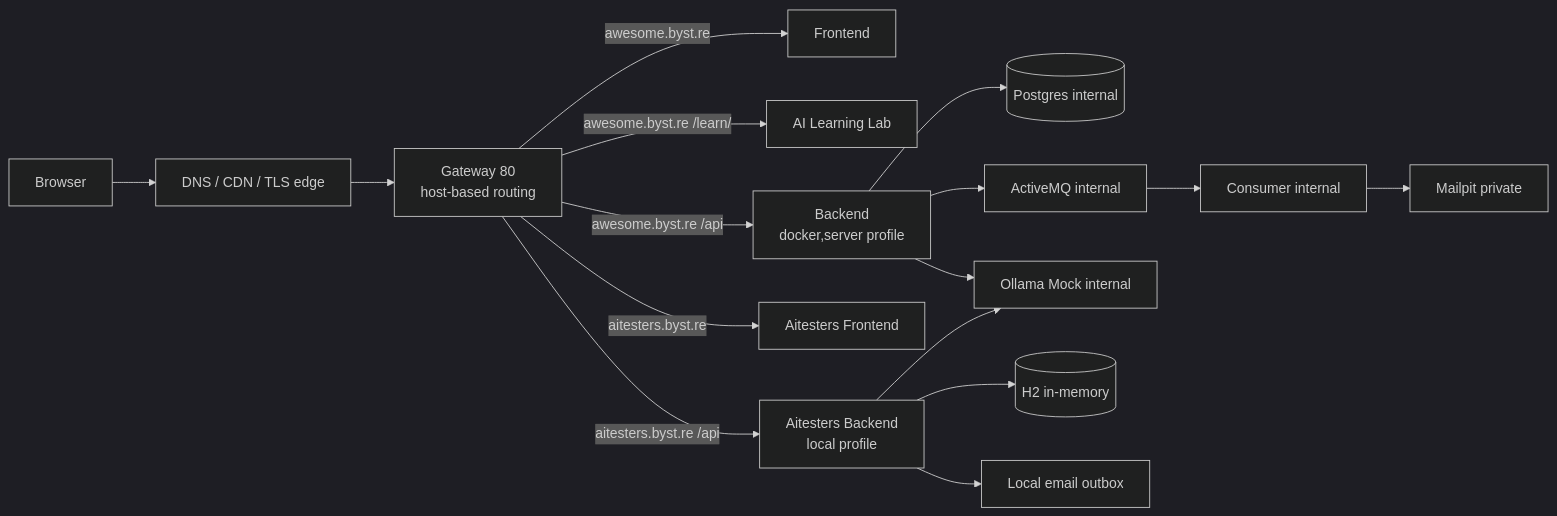
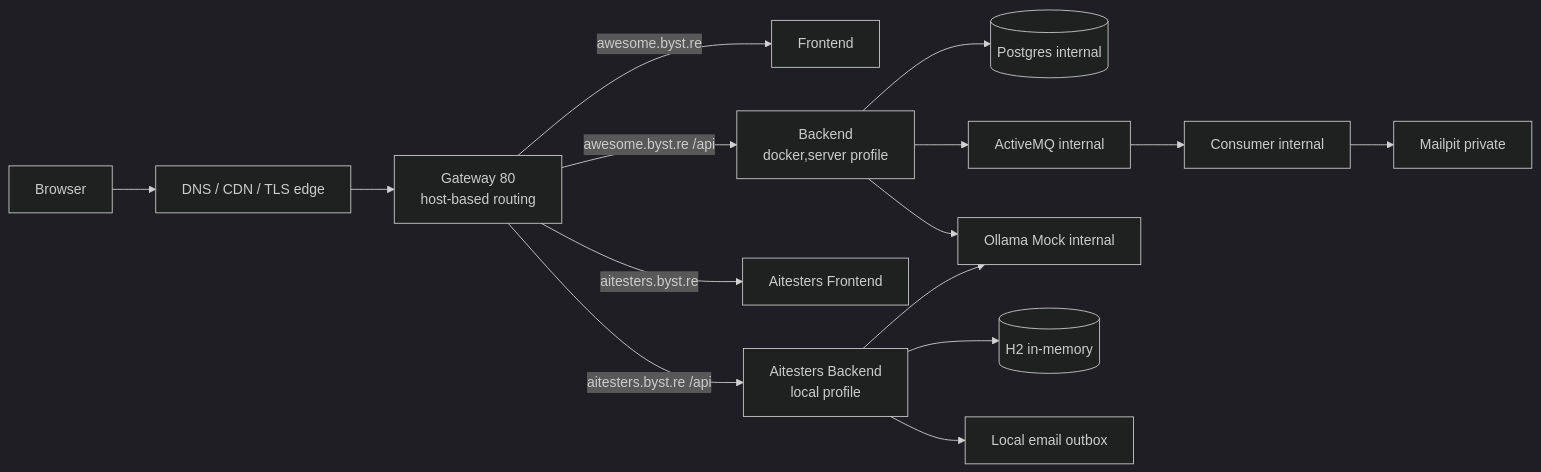
The third of 3 diagrams in docs/PROFILE_URLS.md (slawekradzyminski/awesome-localstack), drawn with Mermaid (dark theme) before and after one commit. The commit also changed other lines of this file and 44 other files, not shown here.

First line of the commit message:
Retire standalone AI Learning Lab (#34)

````diff
--- a/docs/PROFILE_URLS.md
+++ b/docs/PROFILE_URLS.md
@@ -71,20 +66,19 @@
 ```mermaid
 flowchart LR
     U[Browser] --> CF[DNS / CDN / TLS edge]
     CF --> G[Gateway 80<br/>host-based routing]
 
     G -->|awesome.byst.re| F[Frontend]
-    G -->|awesome.byst.re /learn/| L[AI Learning Lab]
     G -->|awesome.byst.re /api| B[Backend<br/>docker,server profile]
     B --> DB[(Postgres internal)]
     B --> MQ[ActiveMQ internal]
     MQ --> C[Consumer internal]
     C --> MH[Mailpit private]
     B --> O[Ollama Mock internal]
 
     G -->|aitesters.byst.re| AF[Aitesters Frontend]
     G -->|aitesters.byst.re /api| AB[Aitesters Backend<br/>local profile]
     AB --> H2[(H2 in-memory)]
     AB --> LO[Local email outbox]
     AB --> O
 ```
````
